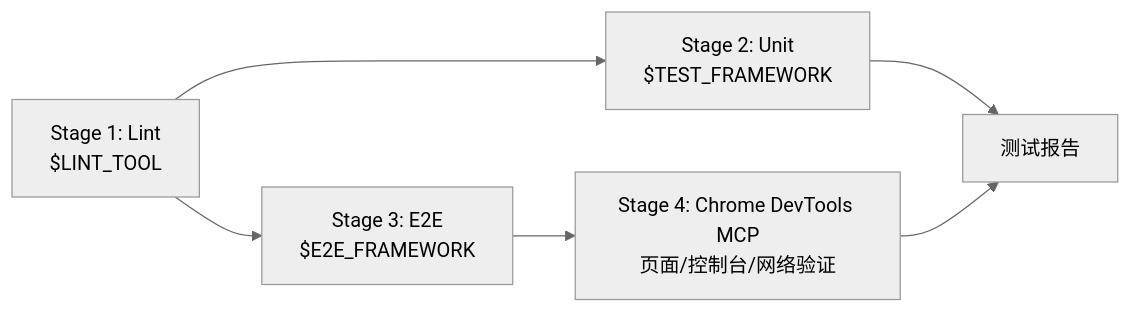
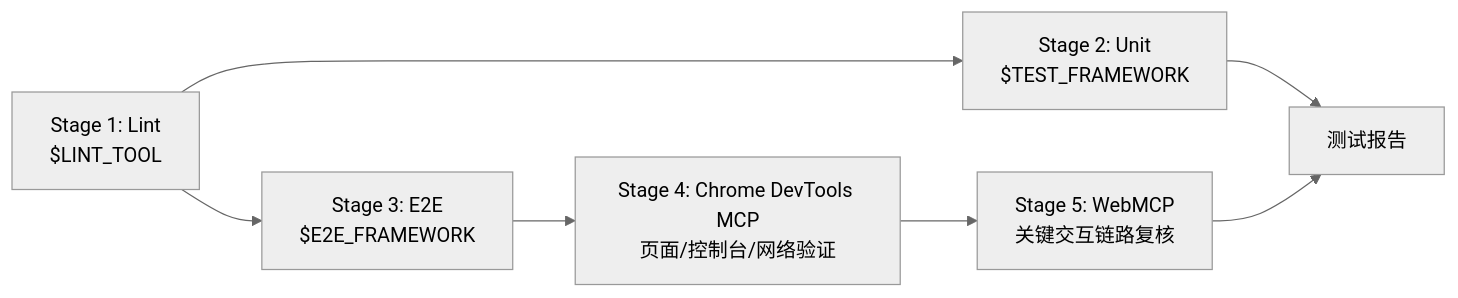
Before and after one commit to evan-taojiangcb/sdlc-workflow: the diagram in sdlc-workflow/references/test-pipeline.md, drawn with Mermaid (neutral theme). The commit also changed other lines of this file and 7 other files, not shown here.

````diff
--- a/sdlc-workflow/references/test-pipeline.md
+++ b/sdlc-workflow/references/test-pipeline.md
@@ -16,13 +17,15 @@
 ```mermaid
 graph LR
     LINT["Stage 1: Lint<br/>$LINT_TOOL"]
     UNIT["Stage 2: Unit<br/>$TEST_FRAMEWORK"]
     E2E["Stage 3: E2E<br/>$E2E_FRAMEWORK"]
     CHROME["Stage 4: Chrome DevTools MCP<br/>页面/控制台/网络验证"]
+    WEBMCP["Stage 5: WebMCP<br/>关键交互链路复核"]
 
     LINT --> UNIT
     LINT --> E2E
     UNIT --> REPORT["测试报告"]
     E2E --> CHROME
-    CHROME --> REPORT
+    CHROME --> WEBMCP
+    WEBMCP --> REPORT
 ```
````
